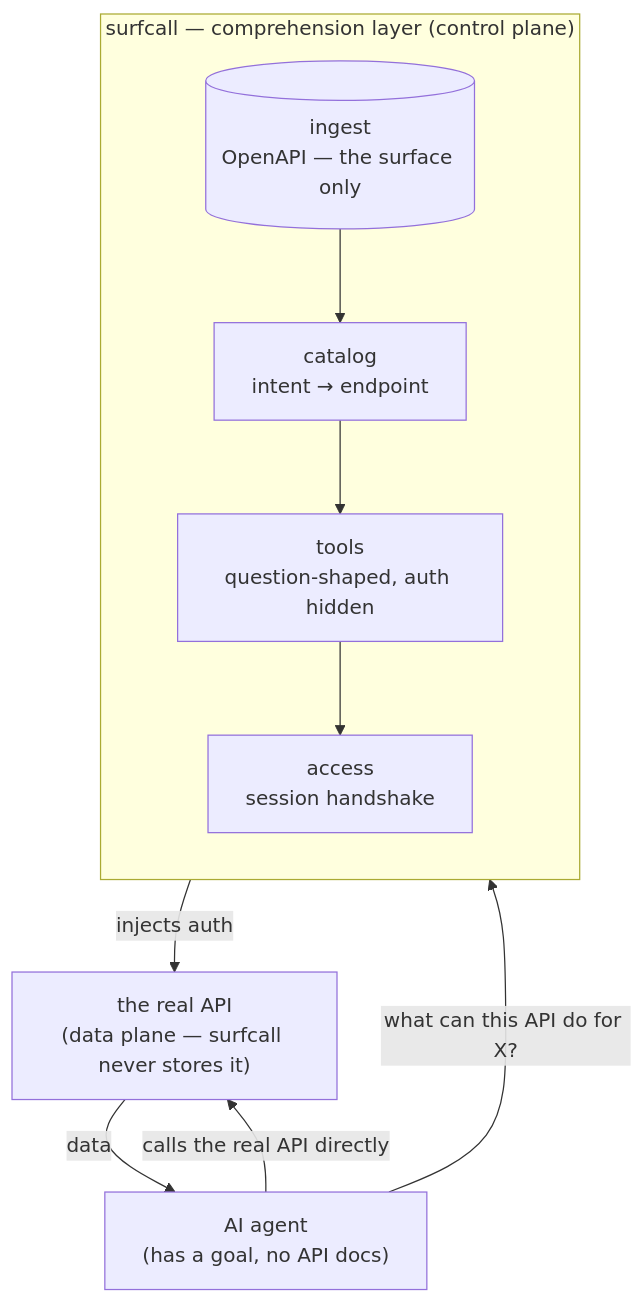
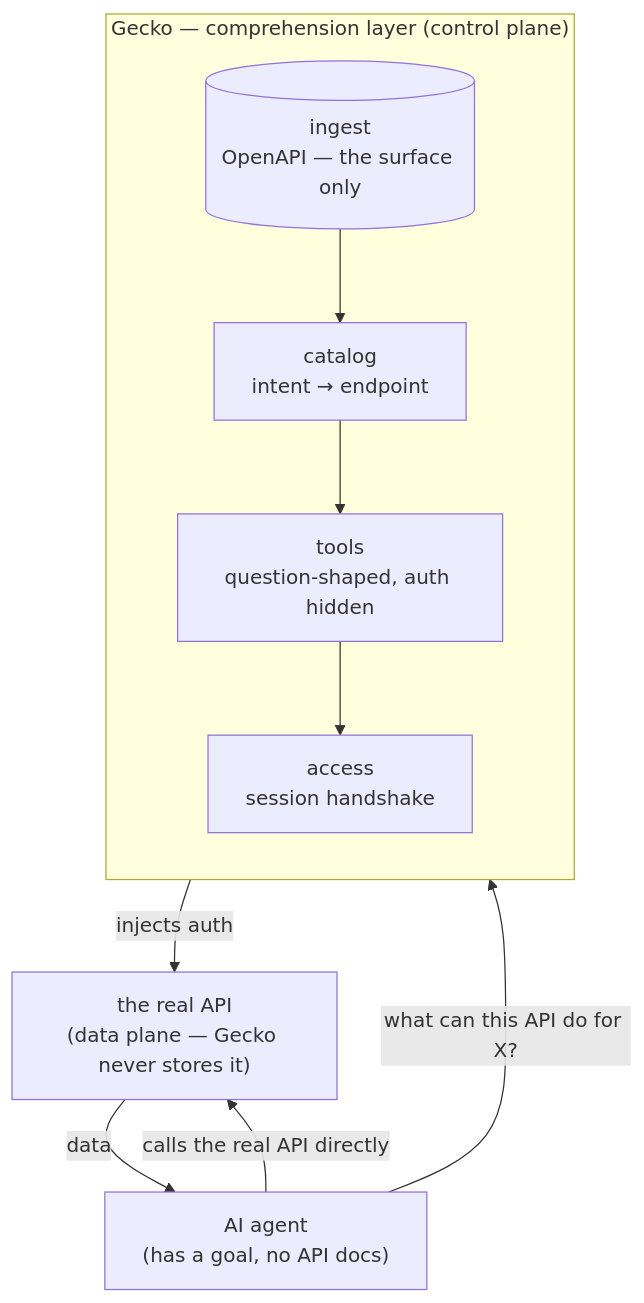
The diagram in architecture.mdx (GeckoVision/gecko-docs), drawn with Mermaid before and after one commit. The commit also changed other lines of this file and 12 other files, not shown here.

First line of the commit message:
docs: rebrand to Gecko (brand), keep surfcall as the engine codename

````diff
--- a/architecture.mdx
+++ b/architecture.mdx
@@ -12,17 +12,17 @@
 ```mermaid
 flowchart TD
     A["AI agent<br/>(has a goal, no API docs)"] -->|"what can this API do for X?"| TOOL
 
-    subgraph SC["surfcall — comprehension layer (control plane)"]
+    subgraph SC["Gecko — comprehension layer (control plane)"]
         direction TB
         ING[("ingest<br/>OpenAPI — the surface only")]
         CAT["catalog<br/>intent → endpoint"]
         TOOL["tools<br/>question-shaped, auth hidden"]
         ACC["access<br/>session handshake"]
         ING --> CAT --> TOOL --> ACC
     end
 
     ACC -->|"injects auth"| CALL
-    A -->|"calls the real API directly"| CALL["the real API<br/>(data plane — surfcall never stores it)"]
+    A -->|"calls the real API directly"| CALL["the real API<br/>(data plane — Gecko never stores it)"]
     CALL -->|"data"| A
 ```
````
